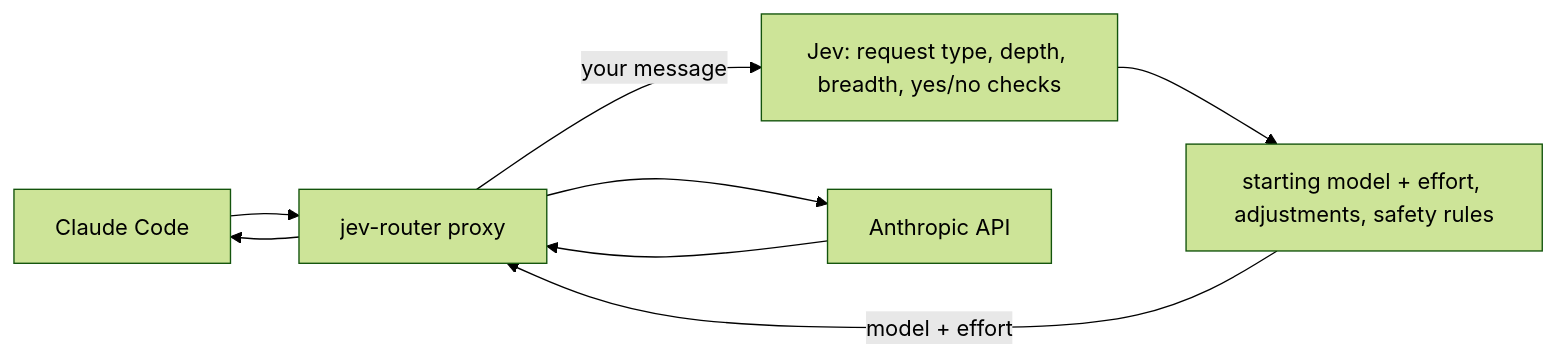
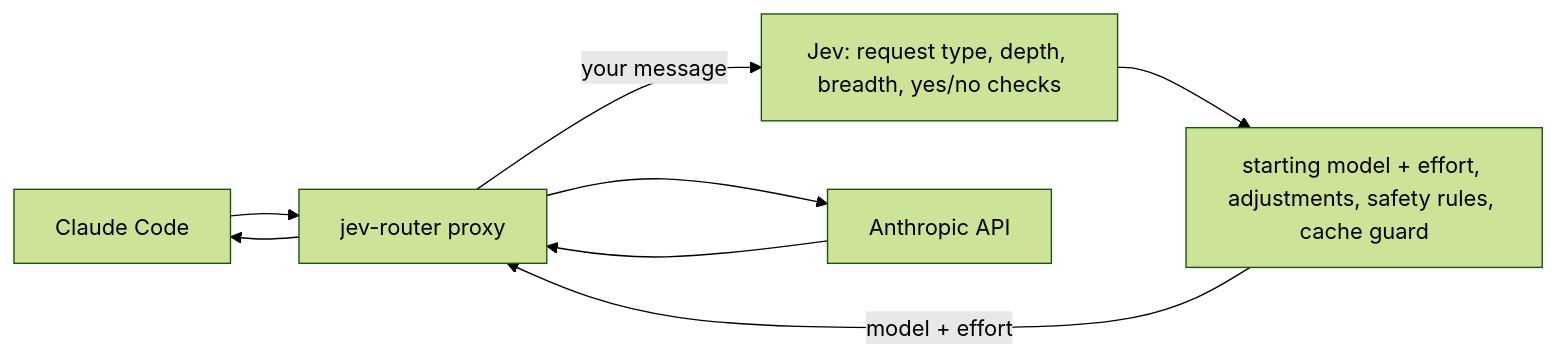
Before and after one commit to xafold/jev-router: the diagram in README.md, drawn with Mermaid (forest theme). The commit also changed other lines of this file, not shown here.

Commit message:
README: shorter architecture, how cache-aware switching works

````diff
--- a/README.md
+++ b/README.md
@@ -11,9 +13,9 @@
 ```mermaid
 flowchart LR
   CC[Claude Code] --> P[jev-router proxy]
   P -->|your message| J[Jev: request type, depth, breadth, yes/no checks]
-  J --> R[starting model + effort, adjustments, safety rules]
+  J --> R[starting model + effort, adjustments, safety rules, cache guard]
   R -->|model + effort| P
   P --> A[Anthropic API]
   A --> P --> CC
 ```
````
